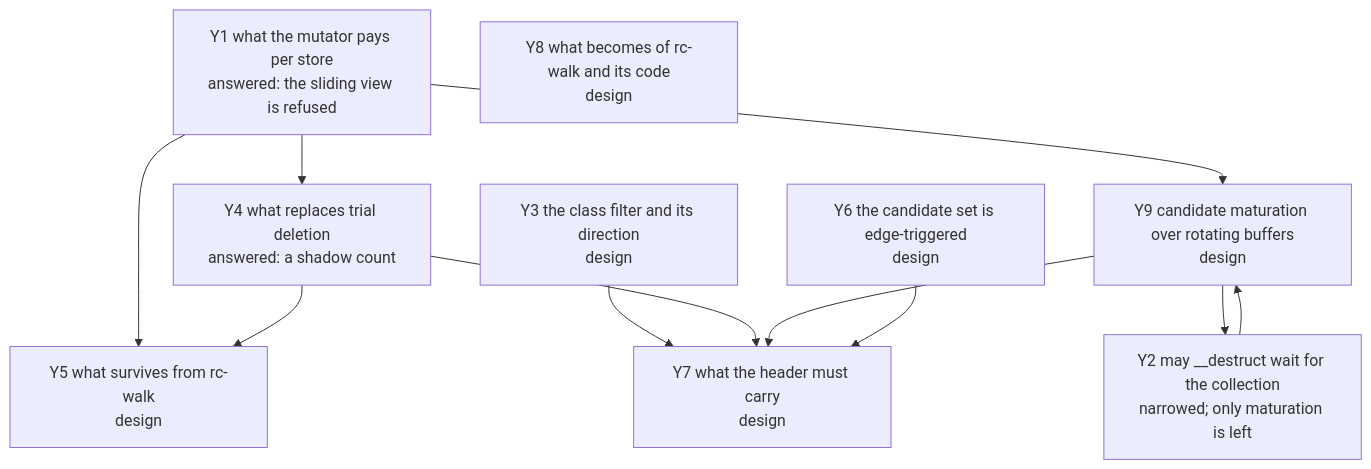
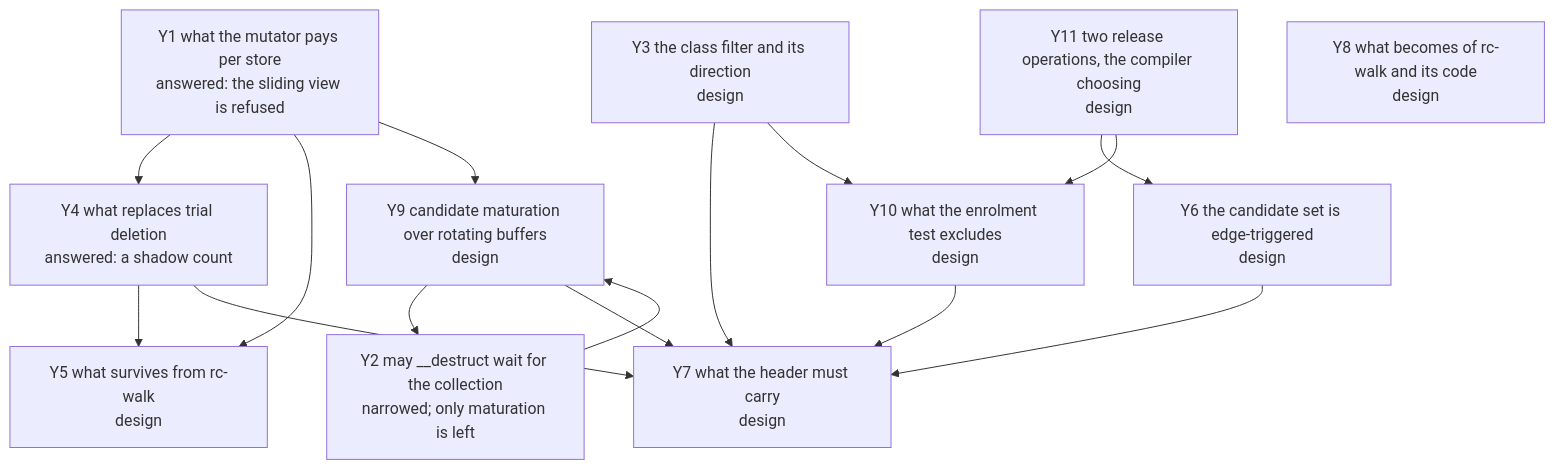
The diagram in model/gc/cycle/questions.md (limelight-lang/rfc), drawn with Mermaid before and after one commit. The commit also changed other lines of this file, not shown here.

First line of the commit message:
gc: three optimisations from Edmond enter the graph as Y10, Y11 and Y9

````diff
--- a/model/gc/cycle/questions.md
+++ b/model/gc/cycle/questions.md
@@ -15,12 +15,15 @@
 ```mermaid
 flowchart TD
     Y1[Y1 what the mutator pays per store<br/>answered: the sliding view is refused] --> Y4 & Y5 & Y9
     Y2[Y2 may __destruct wait for the collection<br/>narrowed; only maturation is left] --> Y9
     Y3[Y3 the class filter and its direction<br/>design] --> Y7
     Y4[Y4 what replaces trial deletion<br/>answered: a shadow count] --> Y5 & Y7
     Y9[Y9 candidate maturation over rotating buffers<br/>design] --> Y2 & Y7
+    Y10[Y10 what the enrolment test excludes<br/>design] --> Y7
+    Y11[Y11 two release operations, the compiler choosing<br/>design] --> Y6 & Y10
+    Y3 --> Y10
     Y5[Y5 what survives from rc-walk<br/>design]
     Y6[Y6 the candidate set is edge-triggered<br/>design] --> Y7
     Y7[Y7 what the header must carry<br/>design]
     Y8[Y8 what becomes of rc-walk and its code<br/>design]
 ```
````
